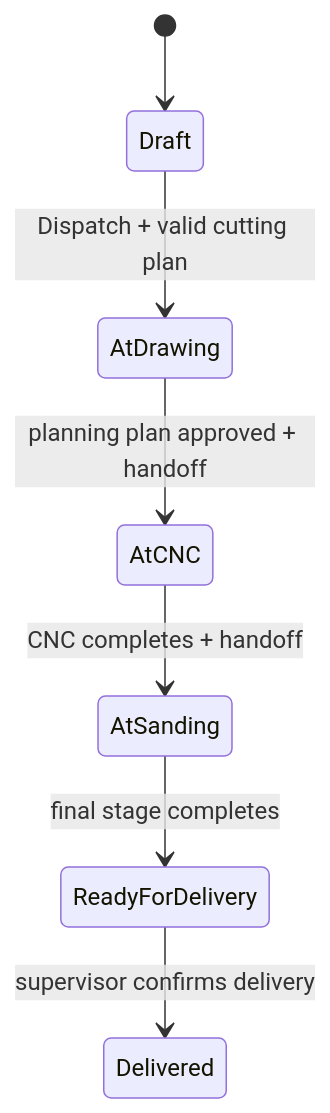
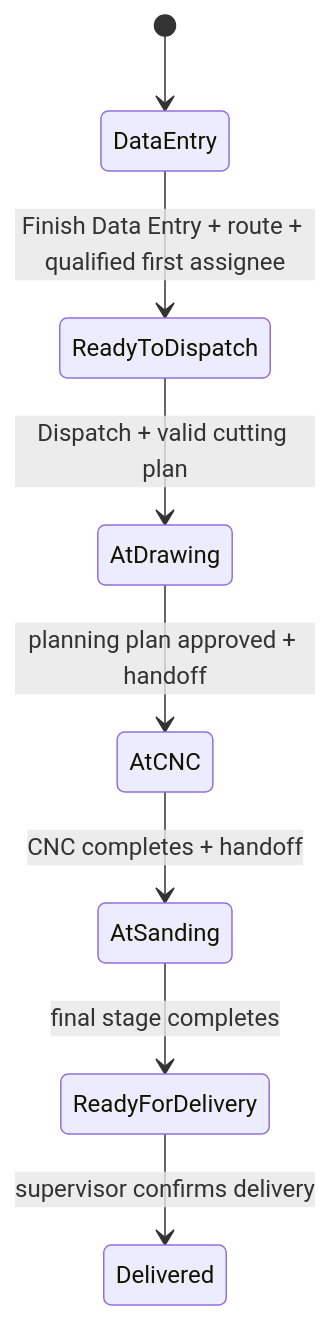
Before and after one commit to Hasan-Alhendi/almdina-erp: the diagram in docs/reference/03_WORKFLOWS.md, drawn with Mermaid. The commit also changed other lines of this file and 14 other files, not shown here.

````diff
--- a/docs/reference/03_WORKFLOWS.md
+++ b/docs/reference/03_WORKFLOWS.md
@@ -14,9 +14,10 @@
 ```mermaid
 stateDiagram-v2
-    [*] --> Draft
-    Draft --> AtDrawing: Dispatch + valid cutting plan
+    [*] --> DataEntry
+    DataEntry --> ReadyToDispatch: Finish Data Entry + route + qualified first assignee
+    ReadyToDispatch --> AtDrawing: Dispatch + valid cutting plan
     AtDrawing --> AtCNC: planning plan approved + handoff
     AtCNC --> AtSanding: CNC completes + handoff
     AtSanding --> ReadyForDelivery: final stage completes
     ReadyForDelivery --> Delivered: supervisor confirms delivery
 ```
````
